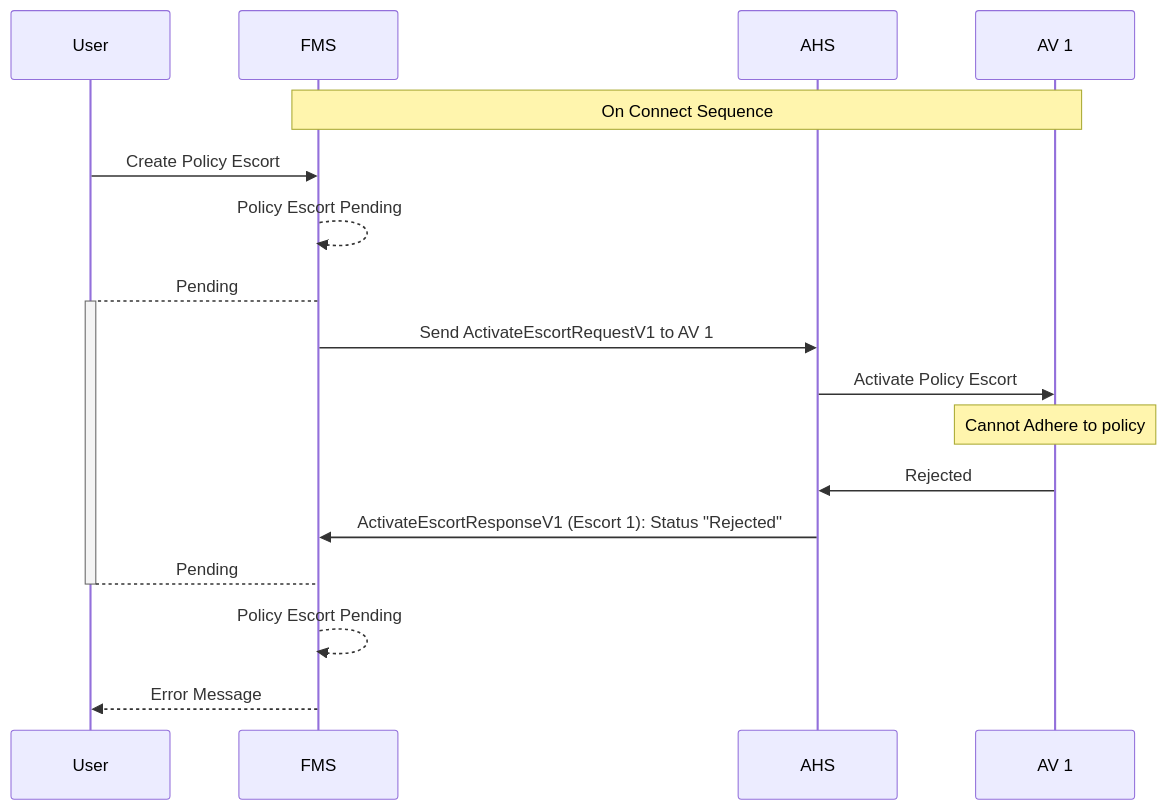
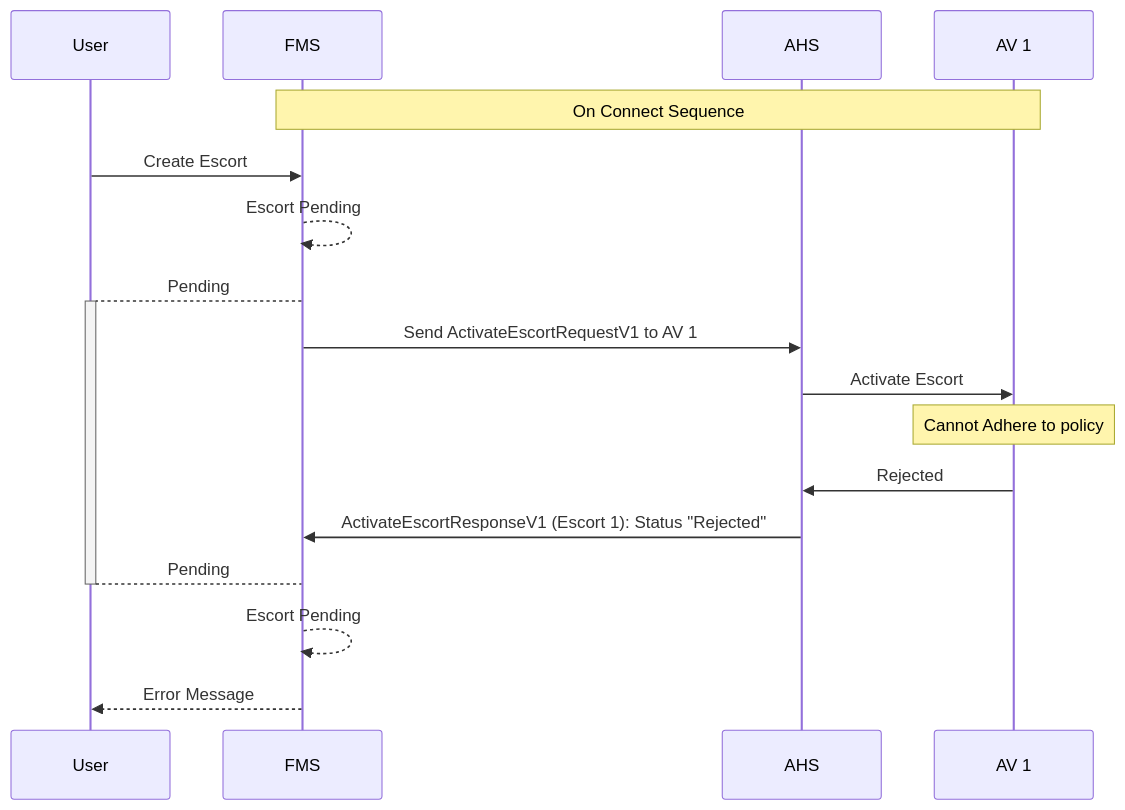
The third of 3 diagrams in diagram/PolicyEscortActivation.md (open-autonomy/escort), drawn with Mermaid before and after one commit. The commit also changed other lines of this file and 16 other files, not shown here.

Commit message:
Remove "policy" from escort terminology throughout repository

````diff
--- a/diagram/PolicyEscortActivation.md
+++ b/diagram/PolicyEscortActivation.md
@@ -95,20 +95,20 @@
 ```mermaid
 sequenceDiagram
     participant User
     participant FMS
     participant AHS
     participant AV 1
 
     Note over FMS,AV 1: On Connect Sequence
-    User->>FMS: Create Policy Escort
-    FMS-->>FMS: Policy Escort Pending
+    User->>FMS: Create Escort
+    FMS-->>FMS: Escort Pending
     FMS-->+User: Pending
     FMS->>AHS: Send ActivateEscortRequestV1 to AV 1
-    AHS->>AV 1: Activate Policy Escort
+    AHS->>AV 1: Activate Escort
     Note Over AV 1: Cannot Adhere to policy
     AV 1->>AHS: Rejected
     AHS->>FMS: ActivateEscortResponseV1 (Escort 1): Status "Rejected"
     User-->-FMS: Pending
-    FMS-->>FMS: Policy Escort Pending
+    FMS-->>FMS: Escort Pending
     FMS-->>User: Error Message
 ```
````
